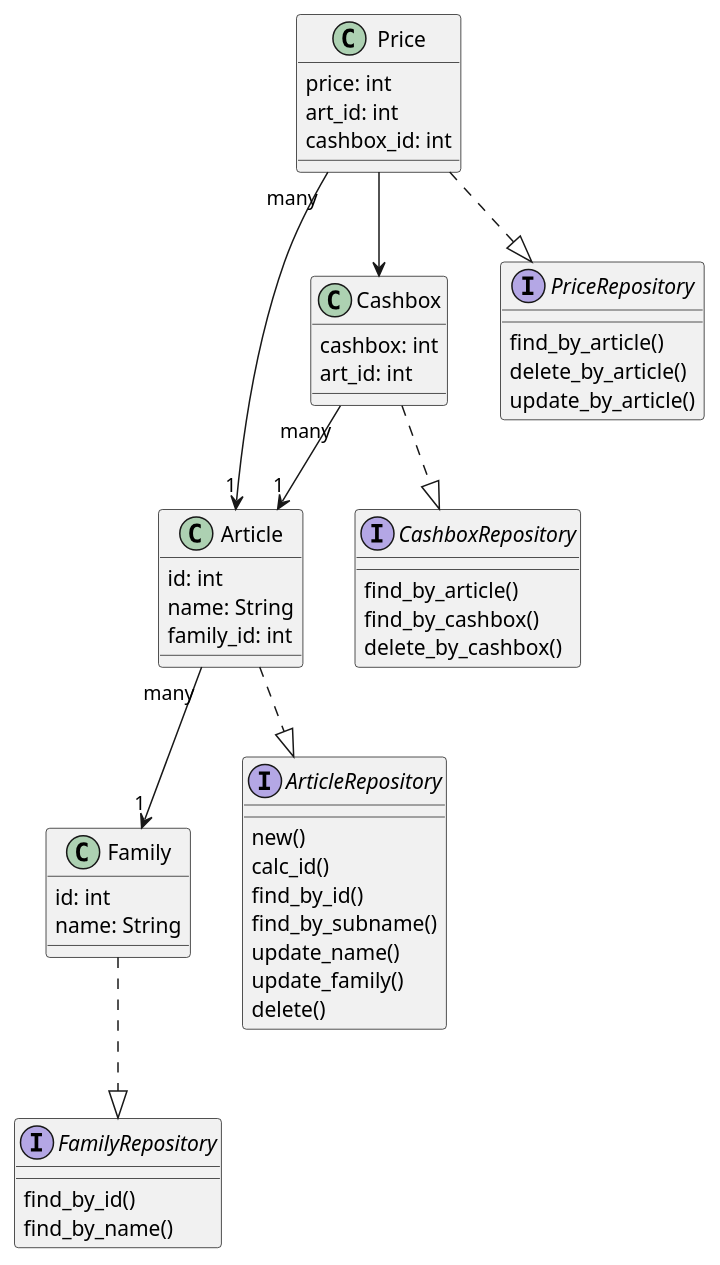
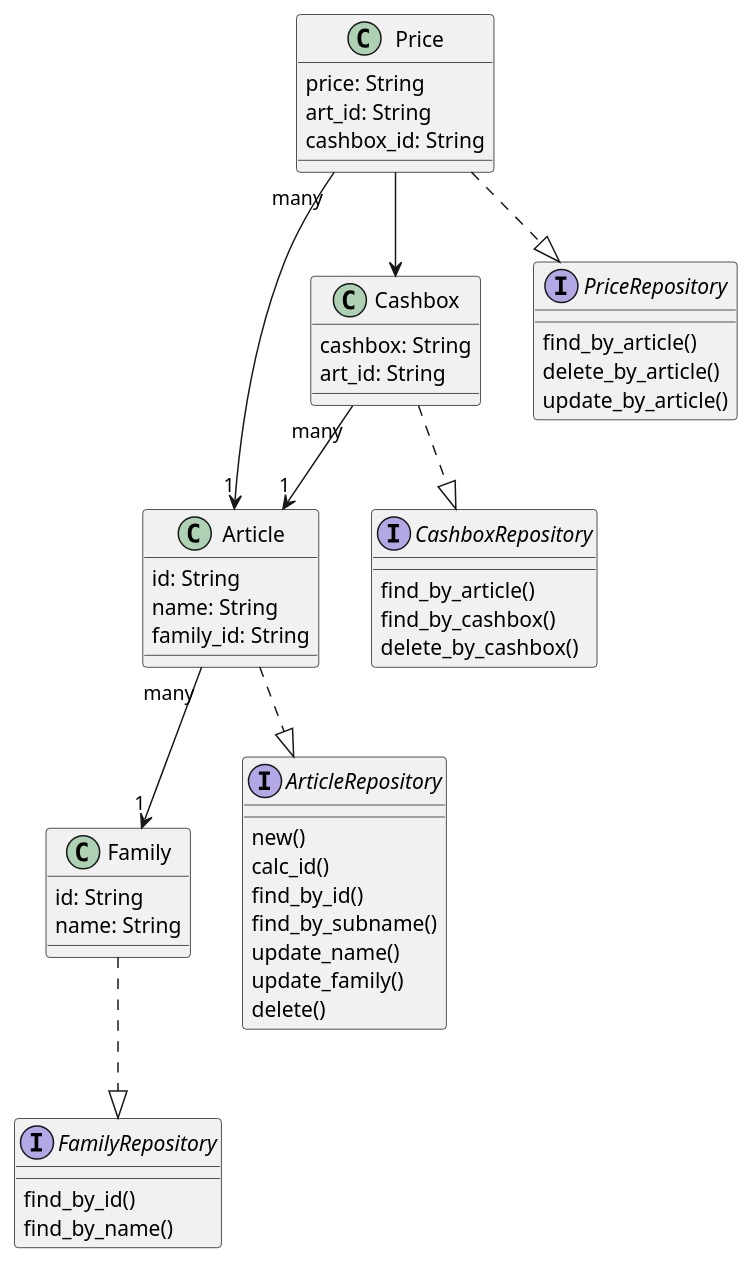
The diagram in model.plantuml (agarces5/articulos), drawn with PlantUML before and after one commit. The commit also changed 18 other files, not shown here.

```diff
--- a/model.plantuml
+++ b/model.plantuml
@@ -1,57 +1,57 @@
 @startuml ModelsDiagram
 
 class Article {
-    id: int
+    id: String
     name: String
-    family_id: int
+    family_id: String
 }
 class Family {
-    id: int
+    id: String
     name: String
 }
 class Price {
-    price: int
-    art_id: int
-    cashbox_id: int
+    price: String
+    art_id: String
+    cashbox_id: String
 }
 class Cashbox {
-    cashbox: int
-    art_id: int
+    cashbox: String
+    art_id: String
 }
 interface ArticleRepository {
     new()
     calc_id()
     find_by_id()
     find_by_subname()
     update_name()
     update_family()
     delete()
 }
 interface FamilyRepository {
     find_by_id()
     find_by_name()
 }
 
 interface PriceRepository {
     find_by_article()
     ' Try to find generalizations to update/delete many art and many cashboxes
     delete_by_article() 
     update_by_article()
 }
 interface CashboxRepository {
     find_by_article()
     find_by_cashbox()
     delete_by_cashbox()
 }
 
 Article "many" --> "1" Family
 Price "many" --> "1" Article
 Price --> Cashbox
 Cashbox "many" --> "1" Article
 
 Article ..|> ArticleRepository
 Price ..|> PriceRepository
 Family ..|> FamilyRepository
 Cashbox ..|> CashboxRepository
 
 @enduml
```
